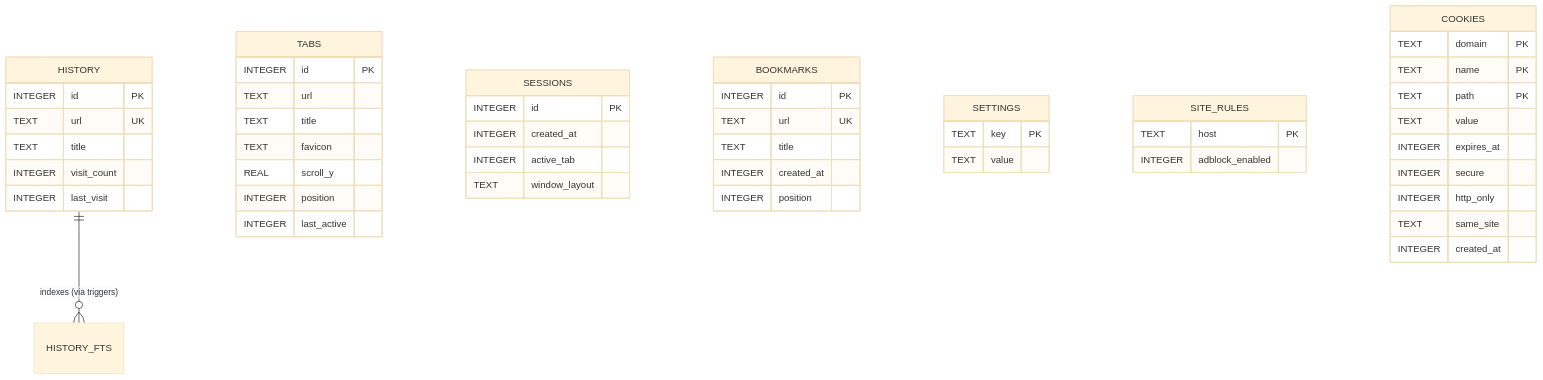
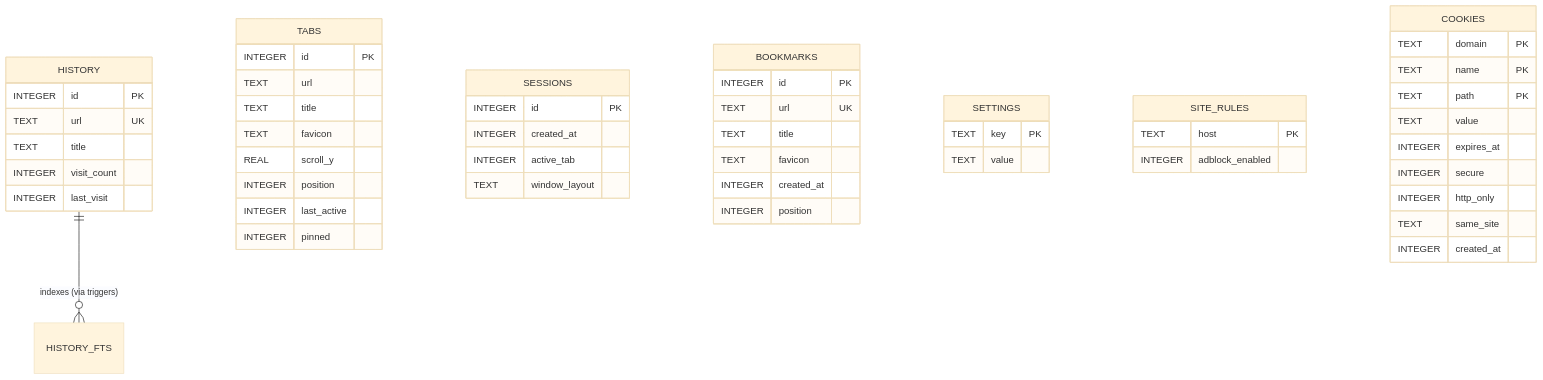
One commit to senapati484/peek changed the diagram in docs/database.md. Above: the diagram before and after it, drawn with Mermaid (base theme). The commit also changed other lines of this file and 10 other files, not shown here.

````diff
--- a/docs/database.md
+++ b/docs/database.md
@@ -50,52 +50,54 @@
 ```mermaid
 erDiagram
     HISTORY ||--o{ HISTORY_FTS : "indexes (via triggers)"
     HISTORY {
         INTEGER id PK
         TEXT url UK
         TEXT title
         INTEGER visit_count
         INTEGER last_visit
     }
     TABS {
         INTEGER id PK
         TEXT url
         TEXT title
         TEXT favicon
         REAL scroll_y
         INTEGER position
         INTEGER last_active
+        INTEGER pinned
     }
     SESSIONS {
         INTEGER id PK
         INTEGER created_at
         INTEGER active_tab
         TEXT window_layout
     }
     BOOKMARKS {
         INTEGER id PK
         TEXT url UK
         TEXT title
+        TEXT favicon
         INTEGER created_at
         INTEGER position
     }
     SETTINGS {
         TEXT key PK
         TEXT value
     }
     SITE_RULES {
         TEXT host PK
         INTEGER adblock_enabled
     }
     COOKIES {
         TEXT domain PK
         TEXT name PK
         TEXT path PK
         TEXT value
         INTEGER expires_at
         INTEGER secure
         INTEGER http_only
         TEXT same_site
         INTEGER created_at
     }
 ```
````
